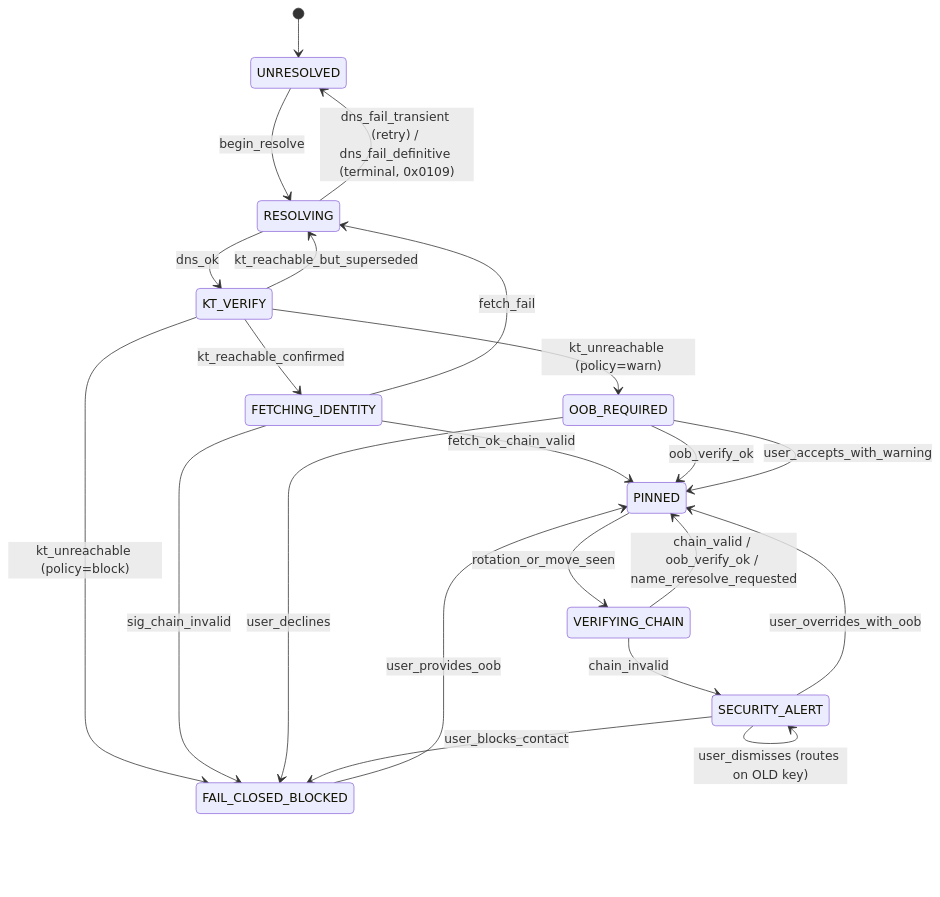
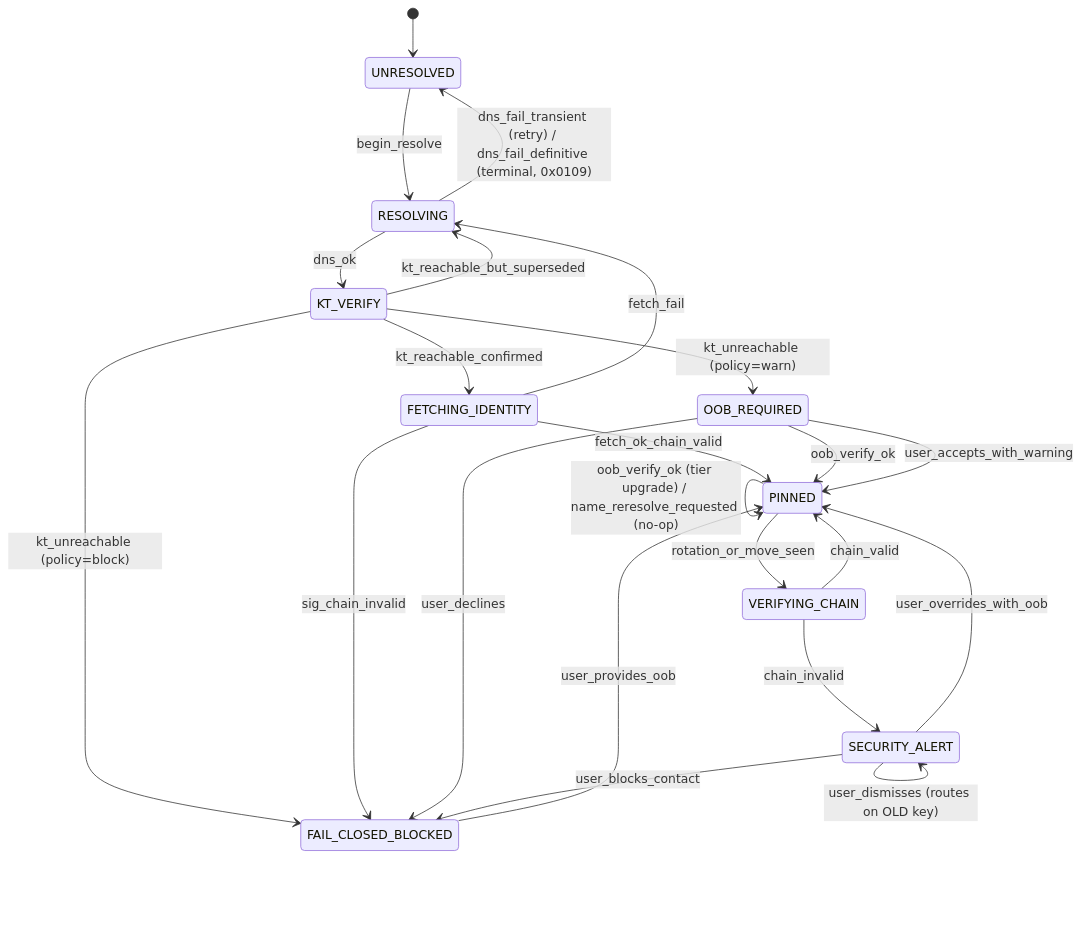
Before and after one commit to vul-os/kotva: the third of 9 diagrams in 20-state-machines.md, drawn with Mermaid. The commit also changed other lines of this file, not shown here.

````diff
--- a/20-state-machines.md
+++ b/20-state-machines.md
@@ -356,24 +356,25 @@
 ```mermaid
 stateDiagram-v2
   [*] --> UNRESOLVED
   UNRESOLVED --> RESOLVING : begin_resolve
   RESOLVING --> UNRESOLVED : dns_fail_transient (retry) / dns_fail_definitive (terminal, 0x0109)
   RESOLVING --> KT_VERIFY : dns_ok
   KT_VERIFY --> RESOLVING : kt_reachable_but_superseded
   KT_VERIFY --> FETCHING_IDENTITY : kt_reachable_confirmed
   KT_VERIFY --> FAIL_CLOSED_BLOCKED : kt_unreachable (policy=block)
   KT_VERIFY --> OOB_REQUIRED : kt_unreachable (policy=warn)
   FETCHING_IDENTITY --> PINNED : fetch_ok_chain_valid
   FETCHING_IDENTITY --> FAIL_CLOSED_BLOCKED : sig_chain_invalid
   FETCHING_IDENTITY --> RESOLVING : fetch_fail
   FAIL_CLOSED_BLOCKED --> PINNED : user_provides_oob
   OOB_REQUIRED --> PINNED : oob_verify_ok
   OOB_REQUIRED --> PINNED : user_accepts_with_warning
   OOB_REQUIRED --> FAIL_CLOSED_BLOCKED : user_declines
   PINNED --> VERIFYING_CHAIN : rotation_or_move_seen
-  VERIFYING_CHAIN --> PINNED : chain_valid / oob_verify_ok / name_reresolve_requested
+  PINNED --> PINNED : oob_verify_ok (tier upgrade) / name_reresolve_requested (no-op)
+  VERIFYING_CHAIN --> PINNED : chain_valid
   VERIFYING_CHAIN --> SECURITY_ALERT : chain_invalid
   SECURITY_ALERT --> PINNED : user_overrides_with_oob
   SECURITY_ALERT --> FAIL_CLOSED_BLOCKED : user_blocks_contact
   SECURITY_ALERT --> SECURITY_ALERT : user_dismisses (routes on OLD key)
 ```
````
